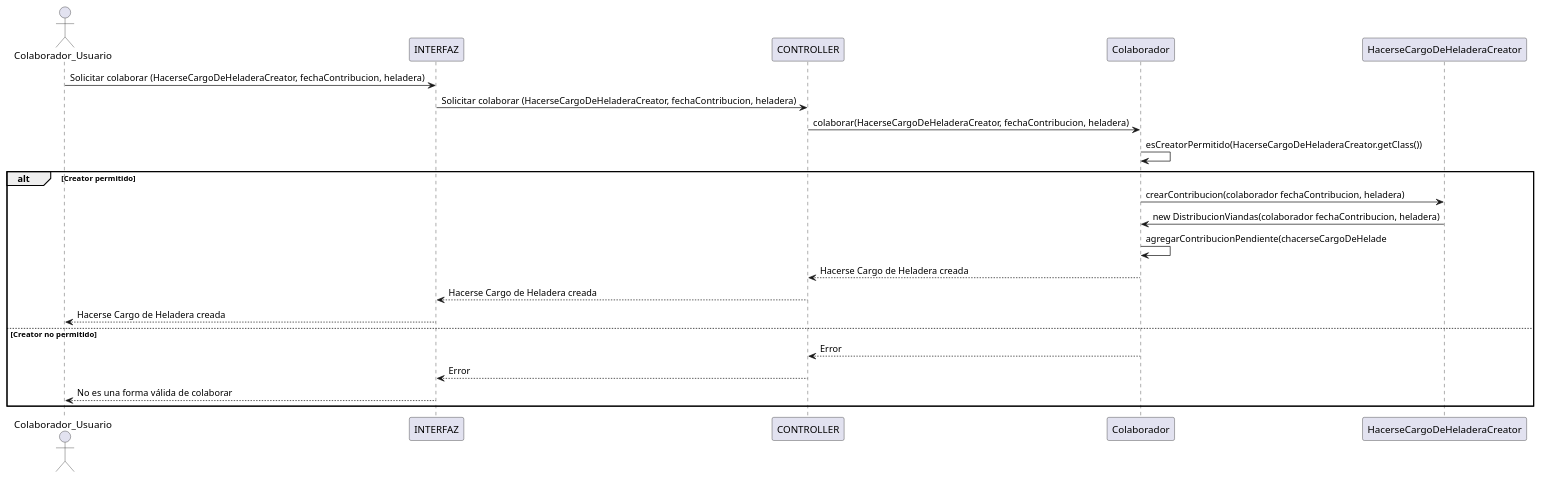
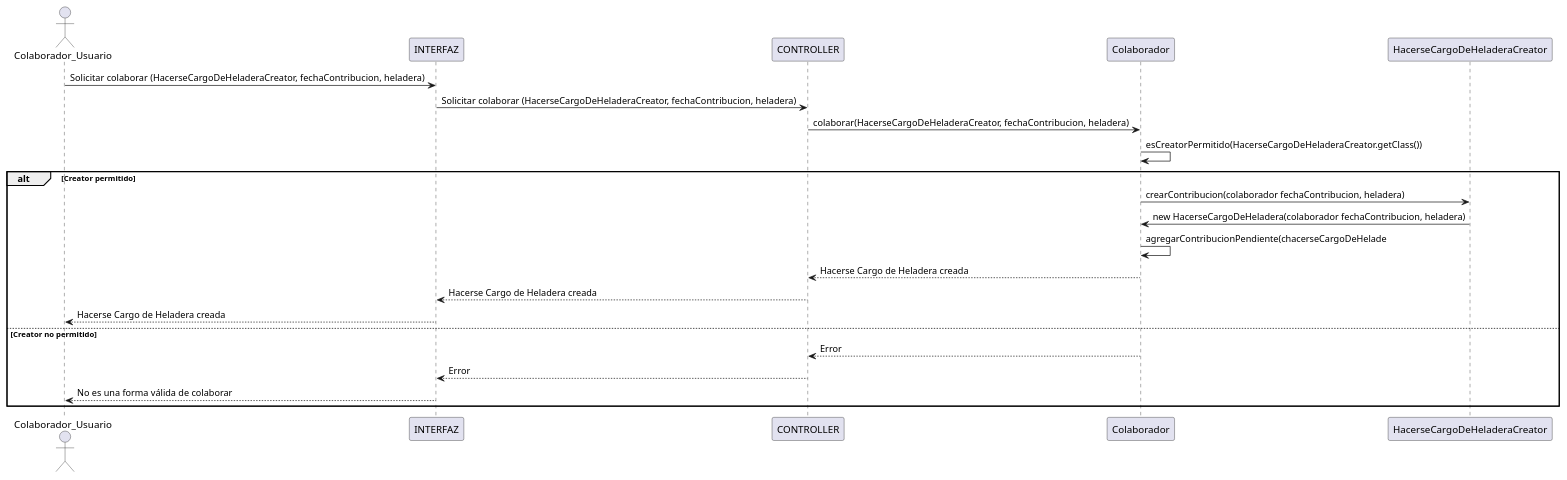
The diagram in tp_anual_dds/docs/plant_uml/diagramas_secuencia/hacerse_cargo_de_heladera/hacerse_cargo_de_heladera_colaborar.plantuml (luciacosenza/DDS-grupo10), drawn with PlantUML before and after one commit. The commit also changed 2 other files, not shown here.

Commit message:
Modificados los plantuml

```diff
--- a/tp_anual_dds/docs/plant_uml/diagramas_secuencia/hacerse_cargo_de_heladera/hacerse_cargo_de_heladera_colaborar.plantuml
+++ b/tp_anual_dds/docs/plant_uml/diagramas_secuencia/hacerse_cargo_de_heladera/hacerse_cargo_de_heladera_colaborar.plantuml
@@ -1,24 +1,24 @@
 @startuml hacerse_cargo_de_heladera_colaborar
 actor Colaborador_Usuario as User
 participant INTERFAZ
 participant CONTROLLER
 participant "Colaborador" as Colaborador
 participant "HacerseCargoDeHeladeraCreator" as HacerseCargoDeHeladeraCreator
 
 User -> INTERFAZ: Solicitar colaborar (HacerseCargoDeHeladeraCreator, fechaContribucion, heladera)
 INTERFAZ -> CONTROLLER: Solicitar colaborar (HacerseCargoDeHeladeraCreator, fechaContribucion, heladera)
 CONTROLLER -> Colaborador: colaborar(HacerseCargoDeHeladeraCreator, fechaContribucion, heladera)
 Colaborador -> Colaborador: esCreatorPermitido(HacerseCargoDeHeladeraCreator.getClass())
 alt Creator permitido
     Colaborador -> HacerseCargoDeHeladeraCreator: crearContribucion(colaborador fechaContribucion, heladera)
-    HacerseCargoDeHeladeraCreator-> Colaborador: new DistribucionViandas(colaborador fechaContribucion, heladera)
+    HacerseCargoDeHeladeraCreator-> Colaborador: new HacerseCargoDeHeladera(colaborador fechaContribucion, heladera)
     Colaborador -> Colaborador: agregarContribucionPendiente(chacerseCargoDeHelade
     Colaborador --> CONTROLLER: Hacerse Cargo de Heladera creada
     CONTROLLER --> INTERFAZ: Hacerse Cargo de Heladera creada
     INTERFAZ --> User: Hacerse Cargo de Heladera creada
 else Creator no permitido
     Colaborador --> CONTROLLER: Error
     CONTROLLER --> INTERFAZ: Error
     INTERFAZ --> User: No es una forma válida de colaborar
 end
 @endumll
```
